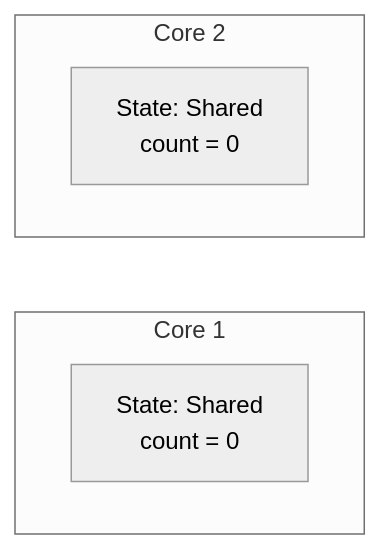
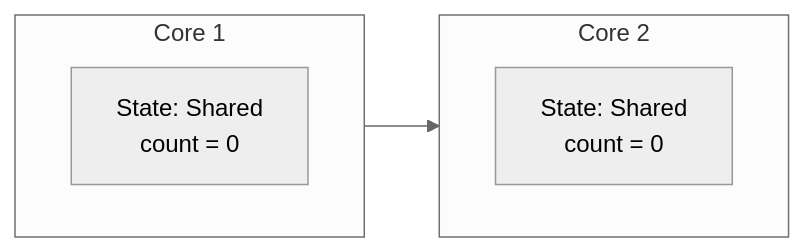
Before and after one commit to rebibabo/rebibabo.github.io: the diagram in images/Java-concurrency/IMG-20260707-000032.mmd, drawn with Mermaid (neutral theme). The commit also changed 59 other files, not shown here.

```diff
--- a/images/Java-concurrency/IMG-20260707-000032.mmd
+++ b/images/Java-concurrency/IMG-20260707-000032.mmd
@@ -1,9 +1,9 @@
 graph LR
     subgraph Core1["Core 1"]
         direction LR
         S1["State: Shared<br>count = 0"]
     end
     subgraph Core2["Core 2"]
         direction LR
         S2["State: Shared<br>count = 0"]
-    end
+    end    S1 --> S2
```
